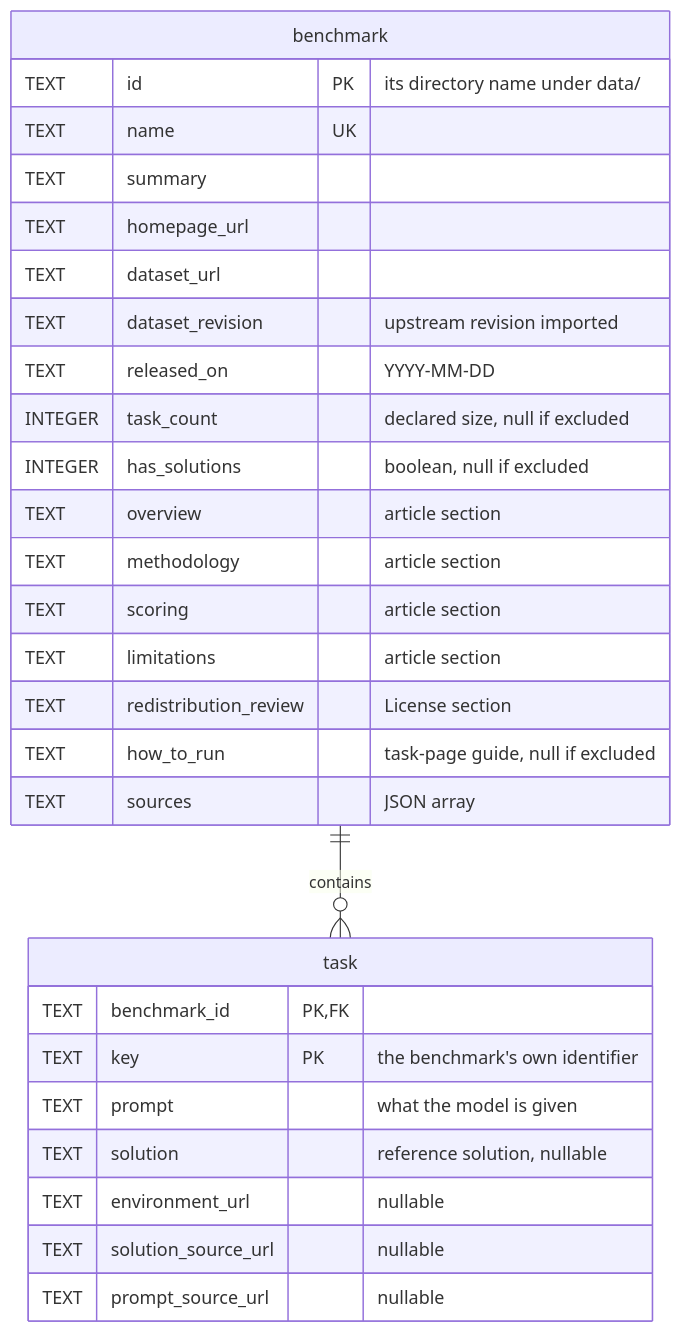
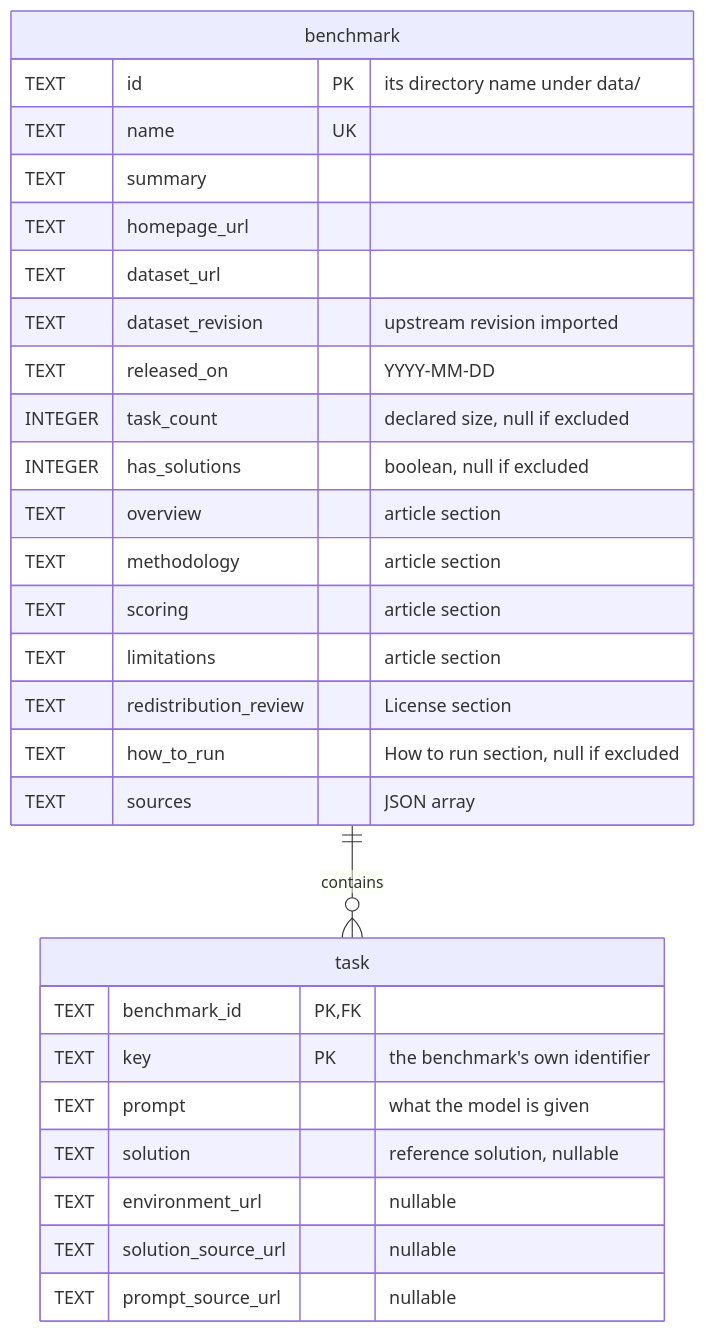
One commit to khooeee/benchopedia changed the diagram in README.md. Above: the diagram before and after it, drawn with Mermaid. The commit also changed other lines of this file and 12 other files, not shown here.

First line of the commit message:
Show How to run on the benchmark page instead of every task page. (#69)

````diff
--- a/README.md
+++ b/README.md
@@ -25,32 +25,32 @@
 ```mermaid
 erDiagram
     benchmark ||--o{ task : contains
 
     benchmark {
         TEXT id PK "its directory name under data/"
         TEXT name UK
         TEXT summary
         TEXT homepage_url
         TEXT dataset_url
         TEXT dataset_revision "upstream revision imported"
         TEXT released_on "YYYY-MM-DD"
         INTEGER task_count "declared size, null if excluded"
         INTEGER has_solutions "boolean, null if excluded"
         TEXT overview "article section"
         TEXT methodology "article section"
         TEXT scoring "article section"
         TEXT limitations "article section"
         TEXT redistribution_review "License section"
-        TEXT how_to_run "task-page guide, null if excluded"
+        TEXT how_to_run "How to run section, null if excluded"
         TEXT sources "JSON array"
     }
     task {
         TEXT benchmark_id PK, FK
         TEXT key PK "the benchmark's own identifier"
         TEXT prompt "what the model is given"
         TEXT solution "reference solution, nullable"
         TEXT environment_url "nullable"
         TEXT solution_source_url "nullable"
         TEXT prompt_source_url "nullable"
     }
 ```
````
